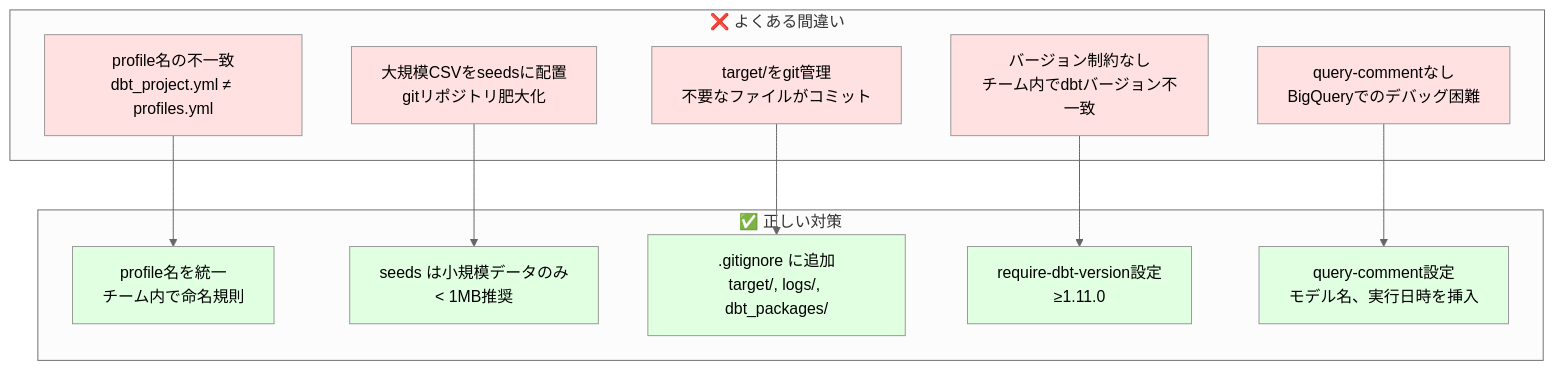
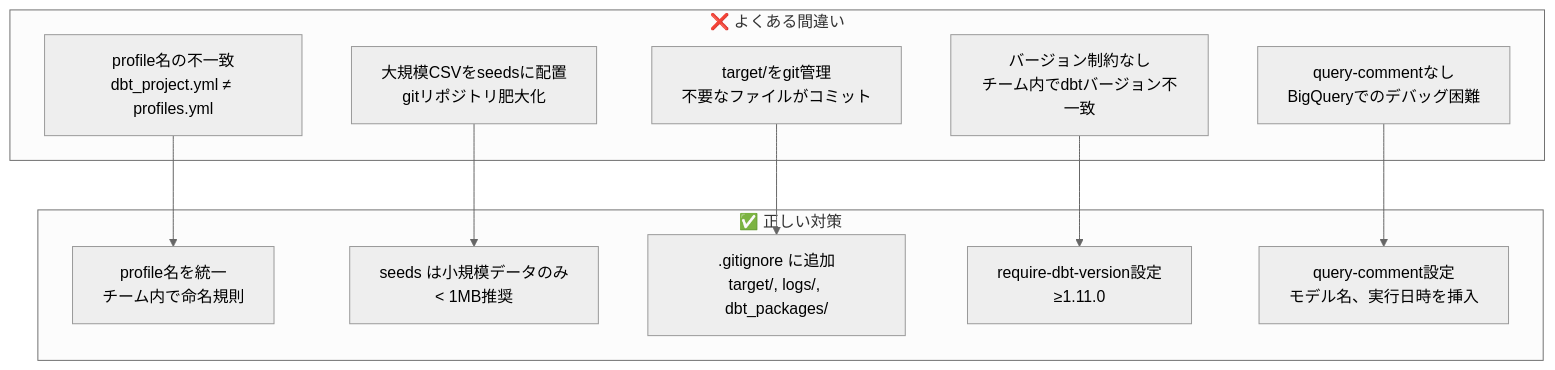
Before and after one commit to 1210yuichi0/1210yuichi0.github.io: the fifth of 5 diagrams in content/Tech/dbt/categories/project-basic-config.md, drawn with Mermaid (neutral theme). The commit also changed other lines of this file and 22 other files, not shown here.

First line of the commit message:
style: remove Mermaid style directives for dark mode compatibility

````diff
--- a/content/Tech/dbt/categories/project-basic-config.md
+++ b/content/Tech/dbt/categories/project-basic-config.md
@@ -951,35 +919,25 @@
 ```mermaid
 graph TB
     subgraph "❌ よくある間違い"
         E1[profile名の不一致<br/>dbt_project.yml ≠ profiles.yml]
         E2[大規模CSVをseedsに配置<br/>gitリポジトリ肥大化]
         E3[target/をgit管理<br/>不要なファイルがコミット]
         E4[バージョン制約なし<br/>チーム内でdbtバージョン不一致]
         E5[query-commentなし<br/>BigQueryでのデバッグ困難]
     end
 
     subgraph "✅ 正しい対策"
         S1[profile名を統一<br/>チーム内で命名規則]
         S2[seeds は小規模データのみ<br/>< 1MB推奨]
         S3[.gitignore に追加<br/>target/, logs/, dbt_packages/]
         S4[require-dbt-version設定<br/>≥1.11.0]
         S5[query-comment設定<br/>モデル名、実行日時を挿入]
     end
 
     E1 --> S1
     E2 --> S2
     E3 --> S3
     E4 --> S4
     E5 --> S5
 
-    style E1 fill:#ffe1e1
-    style E2 fill:#ffe1e1
-    style E3 fill:#ffe1e1
-    style E4 fill:#ffe1e1
-    style E5 fill:#ffe1e1
-    style S1 fill:#e1ffe1
-    style S2 fill:#e1ffe1
-    style S3 fill:#e1ffe1
-    style S4 fill:#e1ffe1
-    style S5 fill:#e1ffe1
 ```
````
